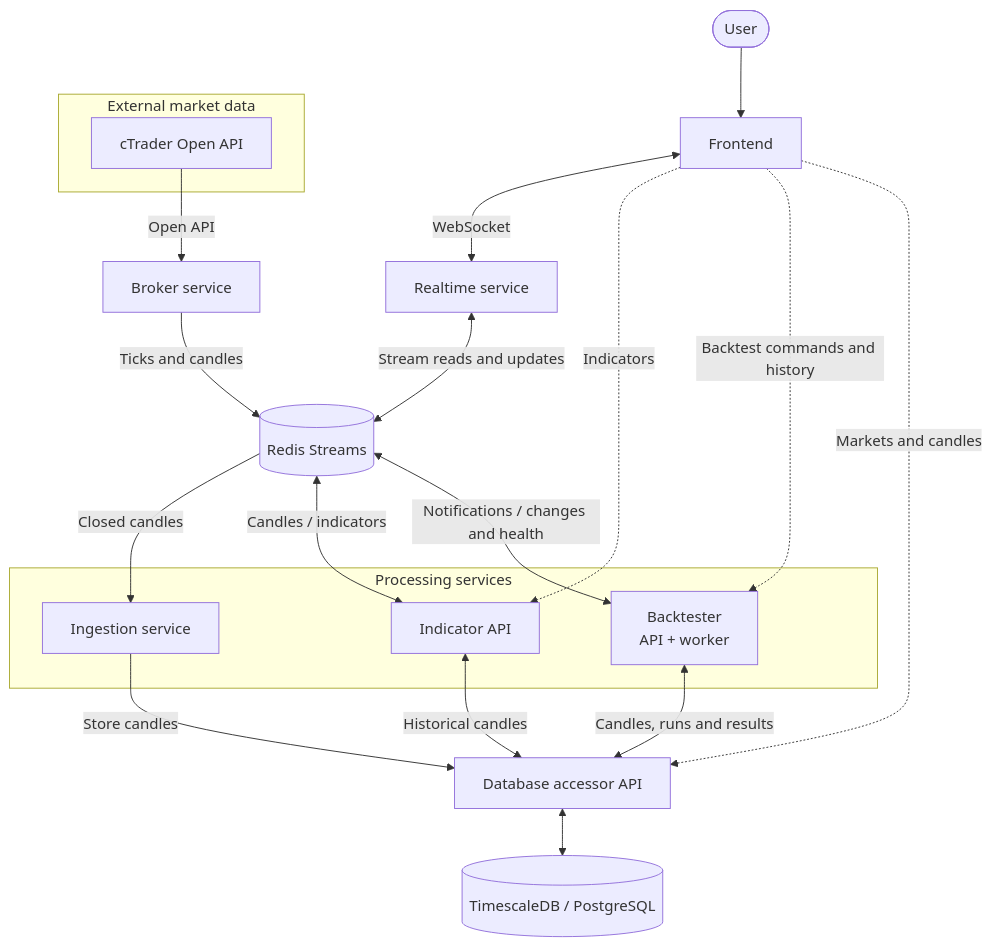
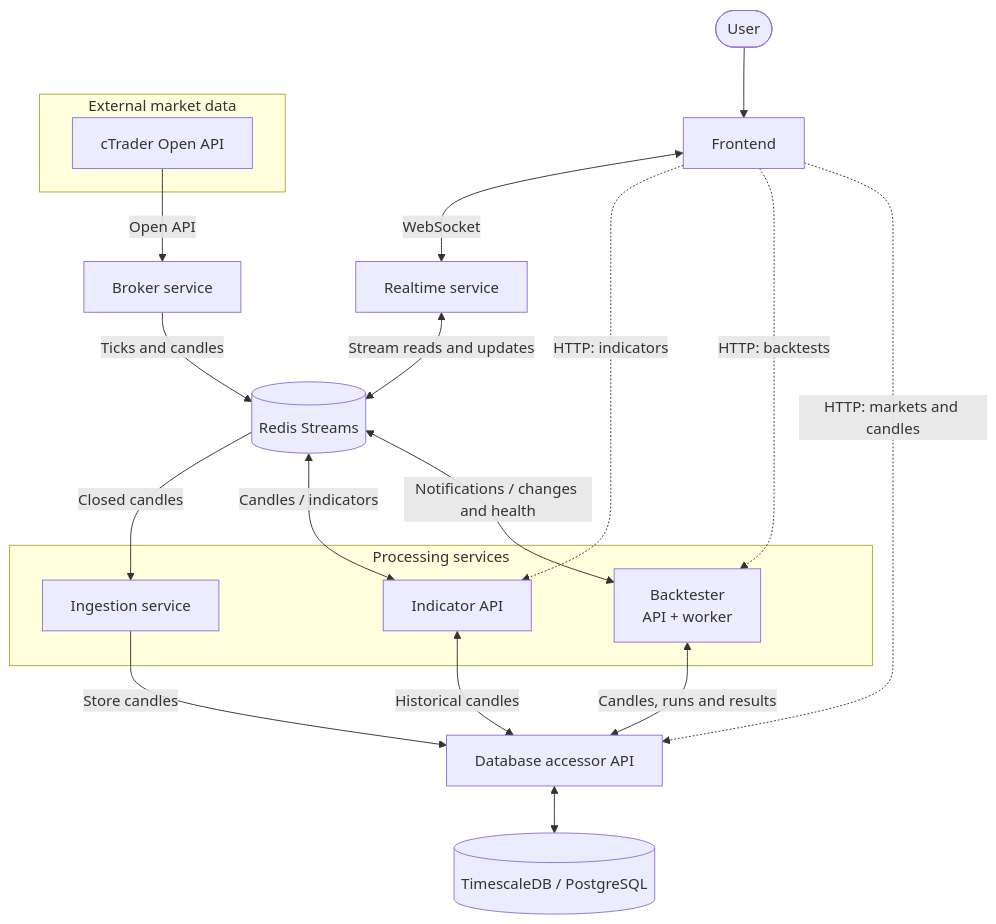
Before and after one commit to s-stolz/algotrader: the diagram in README.md, drawn with Mermaid. The commit also changed other lines of this file and 1 other file, not shown here.

First line of the commit message:
[Docs] Keep the README architecture overview concise

````diff
--- a/README.md
+++ b/README.md
@@ -14,32 +10,32 @@
 ```mermaid
 flowchart TB
     User([User]) --> UI[Frontend]
     UI <-->|WebSocket| Realtime[Realtime service]
 
     subgraph External[External market data]
         CTrader[cTrader Open API]
     end
 
     CTrader -->|Open API| Broker[Broker service]
     Realtime <-->|Stream reads and updates| Redis[(Redis Streams)]
     Broker -->|Ticks and candles| Redis
 
     subgraph Services[Processing services]
         Ingestion[Ingestion service]
         Indicators[Indicator API]
         Backtests[Backtester<br/>API + worker]
     end
 
     Redis -->|Closed candles| Ingestion
     Redis <-->|Candles / indicators| Indicators
     Redis <-->|Notifications / changes and health| Backtests
 
-    UI -.->|Indicators| Indicators
-    UI -.->|Backtest commands and history| Backtests
-    UI -.->|Markets and candles| DB[Database accessor API]
+    UI -.->|HTTP: indicators| Indicators
+    UI -.->|HTTP: backtests| Backtests
+    UI -.->|HTTP: markets and candles| DB[Database accessor API]
 
     Ingestion -->|Store candles| DB
     Indicators <-->|Historical candles| DB
     Backtests <-->|Candles, runs and results| DB
     DB <--> Timescale[(TimescaleDB / PostgreSQL)]
 ```
````
